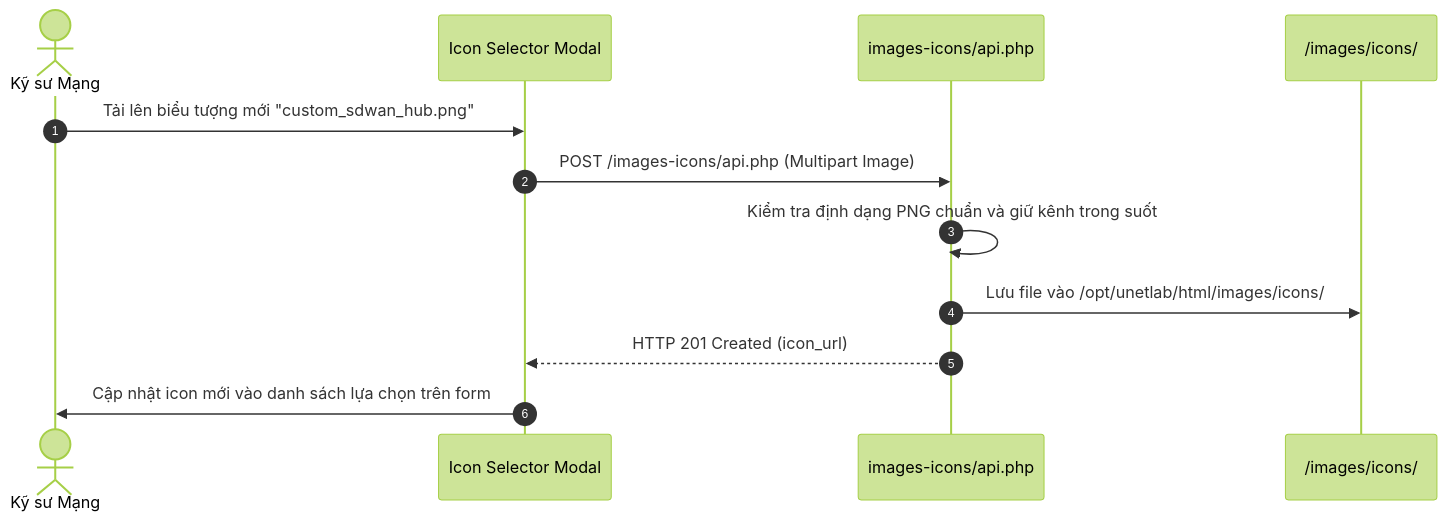
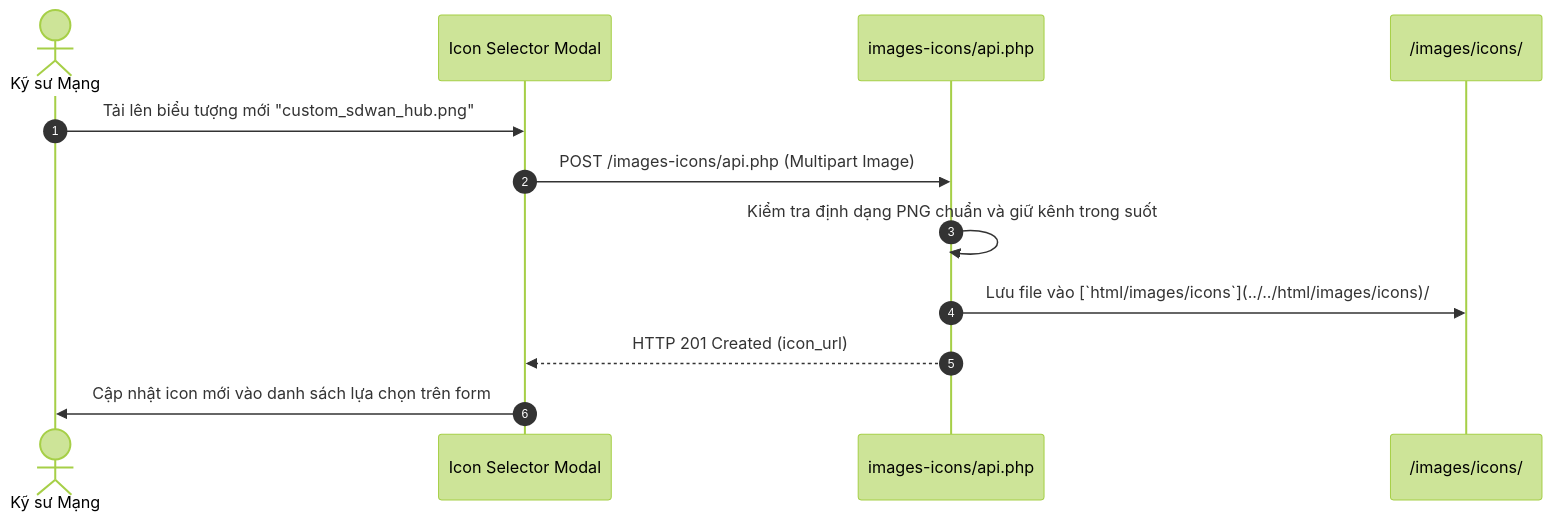
The diagram in docs/03-diagrams/f53-custom-icon-manager-sequence.md (Luuxinhxinh/pnet-v8), drawn with Mermaid (forest theme) before and after one commit. The commit also changed 92 other files, not shown here.

````diff
--- a/docs/03-diagrams/f53-custom-icon-manager-sequence.md
+++ b/docs/03-diagrams/f53-custom-icon-manager-sequence.md
@@ -9,15 +9,15 @@
 ```mermaid
 sequenceDiagram
     autonumber
     actor User as Kỹ sư Mạng
     participant UI as Icon Selector Modal
     participant API as images-icons/api.php
     participant Storage as /images/icons/
 
     User->>UI: Tải lên biểu tượng mới "custom_sdwan_hub.png"
     UI->>API: POST /images-icons/api.php (Multipart Image)
     API->>API: Kiểm tra định dạng PNG chuẩn và giữ kênh trong suốt
-    API->>Storage: Lưu file vào /opt/unetlab/html/images/icons/
+    API->>Storage: Lưu file vào [`html/images/icons`](../../html/images/icons)/
     API-->>UI: HTTP 201 Created (icon_url)
     UI->>User: Cập nhật icon mới vào danh sách lựa chọn trên form
 ```
````
